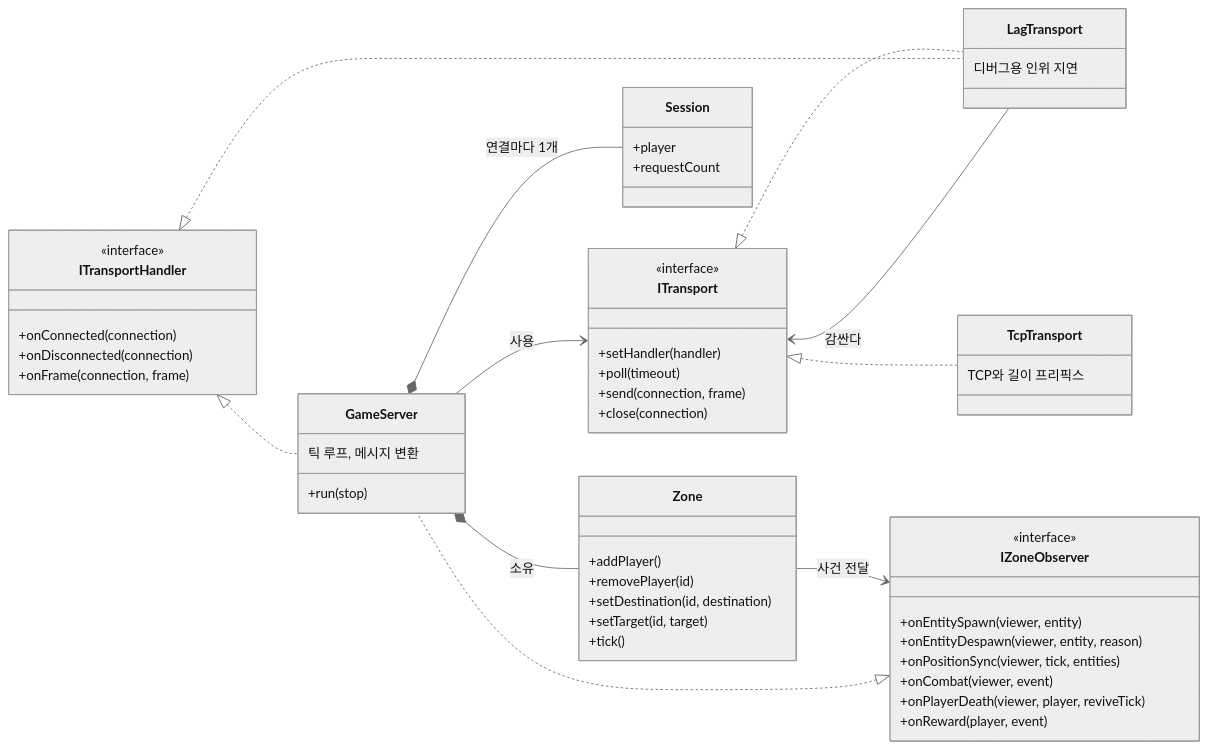
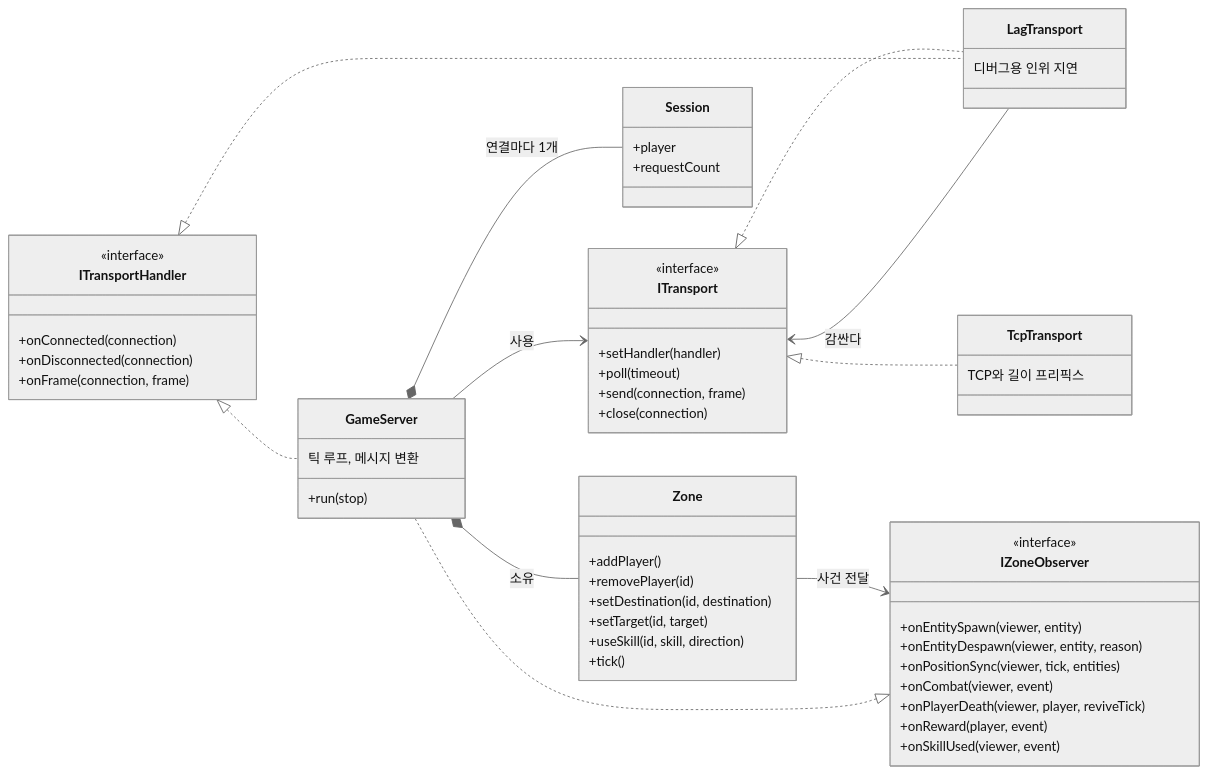
Before and after one commit to Dongs9/try_mmo_server: the diagram in docs/diagrams/src/structure-overview.mmd, drawn with Mermaid (neutral theme). The commit also changed 29 other files, not shown here.

```diff
--- a/docs/diagrams/src/structure-overview.mmd
+++ b/docs/diagrams/src/structure-overview.mmd
@@ -1,57 +1,59 @@
 classDiagram
     direction LR
 
     class ITransport {
         <<interface>>
         +setHandler(handler)
         +poll(timeout)
         +send(connection, frame)
         +close(connection)
     }
     class ITransportHandler {
         <<interface>>
         +onConnected(connection)
         +onDisconnected(connection)
         +onFrame(connection, frame)
     }
     class IZoneObserver {
         <<interface>>
         +onEntitySpawn(viewer, entity)
         +onEntityDespawn(viewer, entity, reason)
         +onPositionSync(viewer, tick, entities)
         +onCombat(viewer, event)
         +onPlayerDeath(viewer, player, reviveTick)
         +onReward(player, event)
+        +onSkillUsed(viewer, event)
     }
     class TcpTransport {
         TCP와 길이 프리픽스
     }
     class LagTransport {
         디버그용 인위 지연
     }
     class GameServer {
         +run(stop)
         틱 루프, 메시지 변환
     }
     class Session {
         +player
         +requestCount
     }
     class Zone {
         +addPlayer()
         +removePlayer(id)
         +setDestination(id, destination)
         +setTarget(id, target)
+        +useSkill(id, skill, direction)
         +tick()
     }
 
     ITransport <|.. TcpTransport
     ITransport <|.. LagTransport
     ITransportHandler <|.. LagTransport
     ITransportHandler <|.. GameServer
     IZoneObserver <|.. GameServer
     LagTransport --> ITransport : 감싼다
     GameServer --> ITransport : 사용
     GameServer *-- Zone : 소유
     GameServer *-- Session : 연결마다 1개
     Zone --> IZoneObserver : 사건 전달
```
